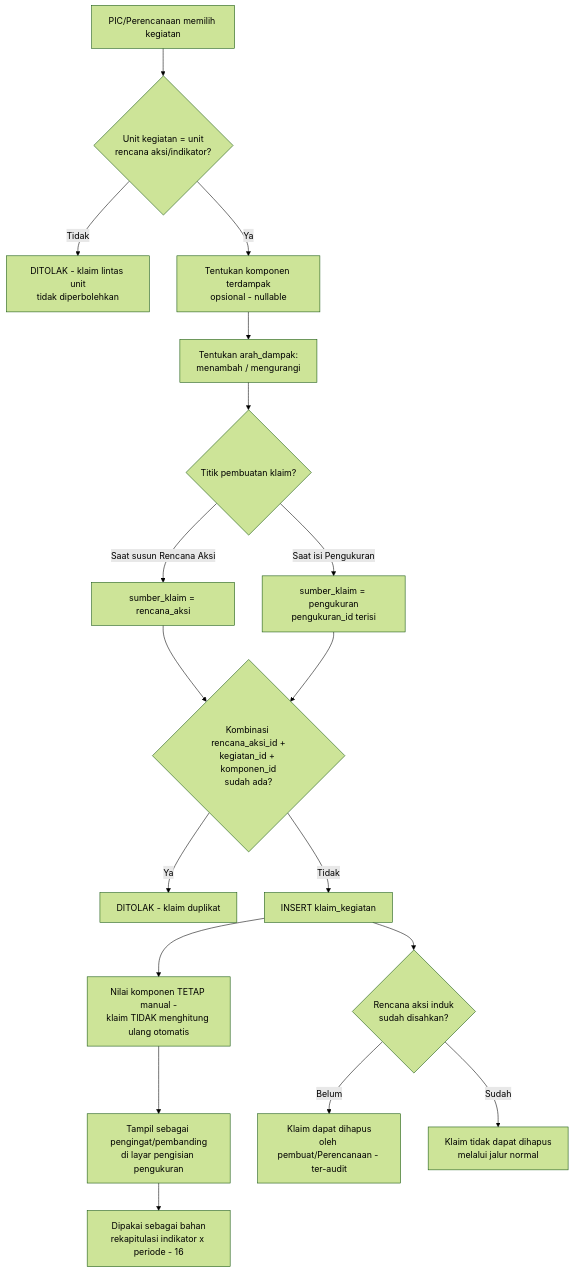
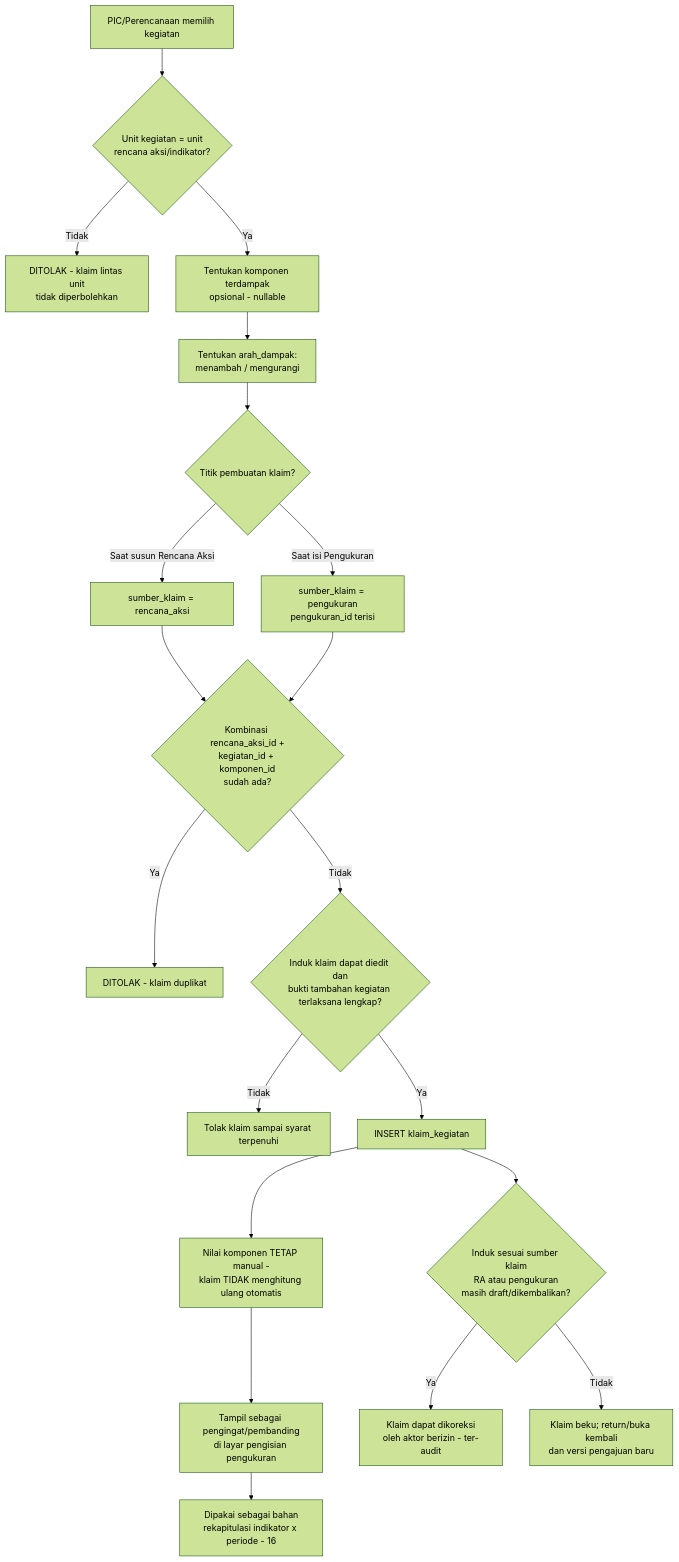
One commit to LLDIKTI-XVI-TEAM/SAKIP changed the eighth of 23 diagrams in document/SAKIP - Workflow.md. Above: the diagram before and after it, drawn with Mermaid (forest theme). The commit also changed other lines of this file and 4 other files, not shown here.

````diff
--- a/document/SAKIP - Workflow.md
+++ b/document/SAKIP - Workflow.md
@@ -753,20 +765,22 @@
 ```mermaid
 flowchart TD
     A[PIC/Perencanaan memilih kegiatan] --> B{Unit kegiatan = unit\nrencana aksi/indikator?}
     B -- Tidak --> C[DITOLAK - klaim lintas unit\ntidak diperbolehkan]
     B -- Ya --> D[Tentukan komponen terdampak\nopsional - nullable]
     D --> E[Tentukan arah_dampak:\nmenambah / mengurangi]
     E --> F{Titik pembuatan klaim?}
     F -- Saat susun Rencana Aksi --> G[sumber_klaim = rencana_aksi]
     F -- Saat isi Pengukuran --> H[sumber_klaim = pengukuran\npengukuran_id terisi]
     G --> I{Kombinasi rencana_aksi_id +\nkegiatan_id + komponen_id\nsudah ada?}
     H --> I
     I -- Ya --> J[DITOLAK - klaim duplikat]
-    I -- Tidak --> K[INSERT klaim_kegiatan]
+    I -- Tidak --> J2{Induk klaim dapat diedit dan\nbukti tambahan kegiatan terlaksana lengkap?}
+    J2 -- Tidak --> J3[Tolak klaim sampai syarat terpenuhi]
+    J2 -- Ya --> K[INSERT klaim_kegiatan]
     K --> L[Nilai komponen TETAP manual -\nklaim TIDAK menghitung ulang otomatis]
     L --> M[Tampil sebagai pengingat/pembanding\ndi layar pengisian pengukuran]
     M --> N[Dipakai sebagai bahan\nrekapitulasi indikator x periode - 16]
-    K --> O{Rencana aksi induk\nsudah disahkan?}
-    O -- Belum --> P[Klaim dapat dihapus\noleh pembuat/Perencanaan - ter-audit]
-    O -- Sudah --> Q[Klaim tidak dapat dihapus\nmelalui jalur normal]
+    K --> O{Induk sesuai sumber klaim\nRA atau pengukuran\nmasih draft/dikembalikan?}
+    O -- Ya --> P[Klaim dapat dikoreksi\noleh aktor berizin - ter-audit]
+    O -- Tidak --> Q[Klaim beku; return/buka kembali\ndan versi pengajuan baru]
 ```
````
